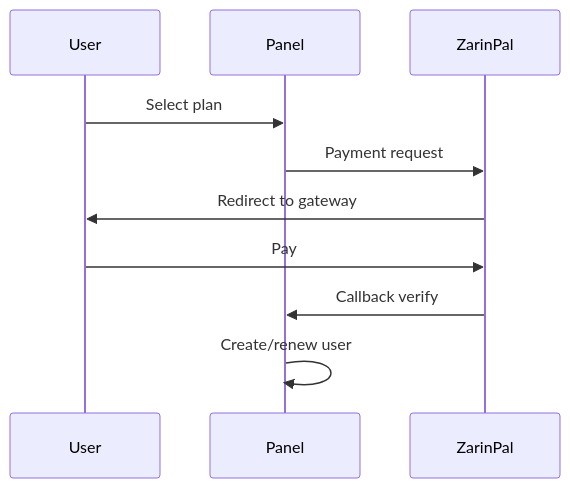
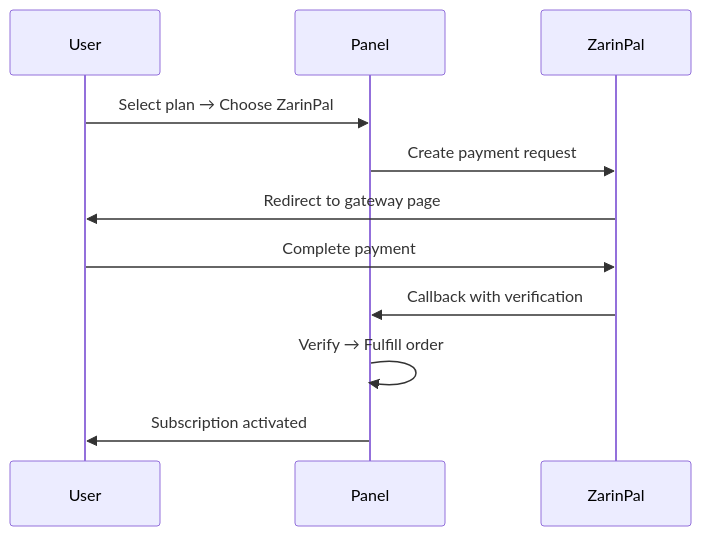
The first of 2 diagrams in docs/wiki/en/09-plans-payments.md (iPmartNetwork/VortexUI), drawn with Mermaid before and after one commit. The commit also changed other lines of this file and 19 other files, not shown here.

````diff
--- a/docs/wiki/en/09-plans-payments.md
+++ b/docs/wiki/en/09-plans-payments.md
@@ -47,9 +80,13 @@
 ```mermaid
 sequenceDiagram
-    User->>Panel: Select plan
-    Panel->>ZarinPal: Payment request
-    ZarinPal->>User: Redirect to gateway
-    User->>ZarinPal: Pay
-    ZarinPal->>Panel: Callback verify
-    Panel->>Panel: Create/renew user
+    participant User
+    participant Panel
+    participant ZarinPal
+    User->>Panel: Select plan → Choose ZarinPal
+    Panel->>ZarinPal: Create payment request
+    ZarinPal->>User: Redirect to gateway page
+    User->>ZarinPal: Complete payment
+    ZarinPal->>Panel: Callback with verification
+    Panel->>Panel: Verify → Fulfill order
+    Panel->>User: Subscription activated
 ```
````
